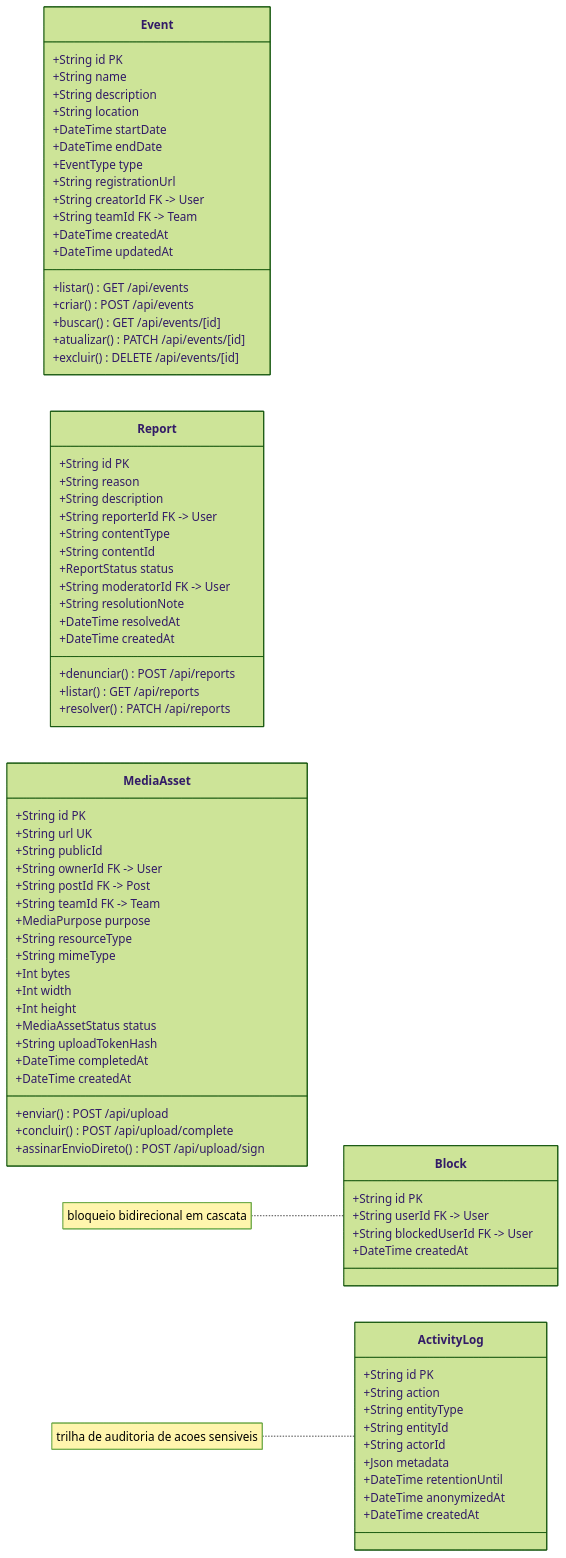
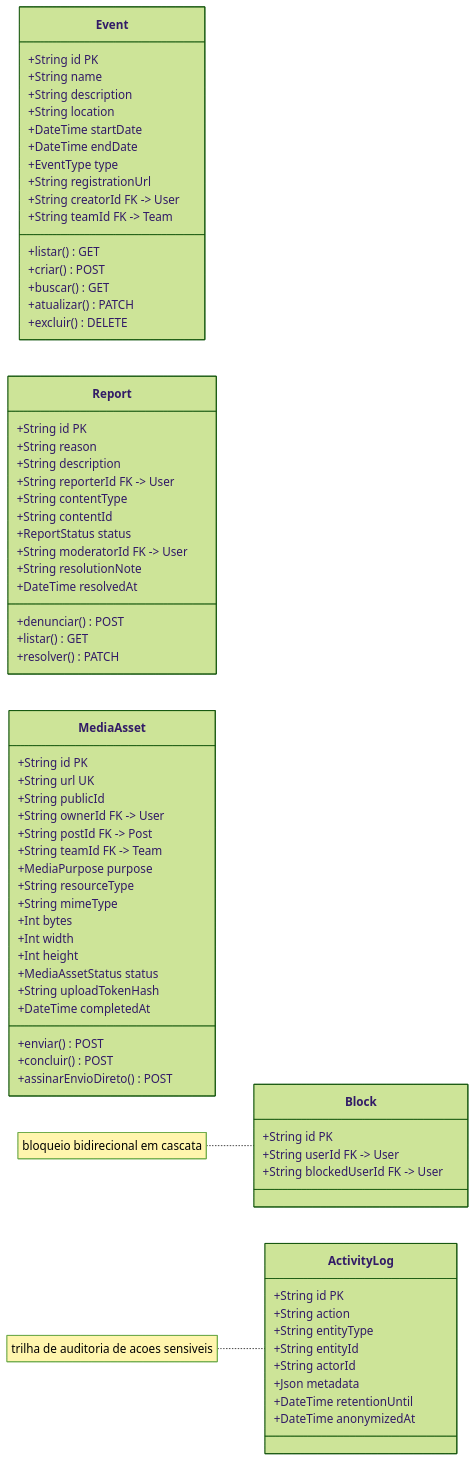
Before and after one commit to gustaf30/cheerconnect: the diagram in docs/diagrams/classe-eventos-moderacao.mmd, drawn with Mermaid (forest theme). The commit also changed 32 other files, not shown here.

First line of the commit message:
Diagramas UML refeitos para leitura, com PNG versionados

```diff
--- a/docs/diagrams/classe-eventos-moderacao.mmd
+++ b/docs/diagrams/classe-eventos-moderacao.mmd
@@ -1,79 +1,73 @@
 %% Gerado por scripts/generate-diagrams.mjs — nao editar a mao.
 %% Fonte: prisma/schema.prisma e src/app/api/**/route.ts
 classDiagram
   direction LR
   class Event {
     +String id PK
     +String name
     +String description
     +String location
     +DateTime startDate
     +DateTime endDate
     +EventType type
     +String registrationUrl
     +String creatorId FK -> User
     +String teamId FK -> Team
-    +DateTime createdAt
-    +DateTime updatedAt
-    +listar() GET /api/events
-    +criar() POST /api/events
-    +buscar() GET /api/events/[id]
-    +atualizar() PATCH /api/events/[id]
-    +excluir() DELETE /api/events/[id]
+    +listar() GET
+    +criar() POST
+    +buscar() GET
+    +atualizar() PATCH
+    +excluir() DELETE
   }
   class Report {
     +String id PK
     +String reason
     +String description
     +String reporterId FK -> User
     +String contentType
     +String contentId
     +ReportStatus status
     +String moderatorId FK -> User
     +String resolutionNote
     +DateTime resolvedAt
-    +DateTime createdAt
-    +denunciar() POST /api/reports
-    +listar() GET /api/reports
-    +resolver() PATCH /api/reports
+    +denunciar() POST
+    +listar() GET
+    +resolver() PATCH
   }
   class Block {
     +String id PK
     +String userId FK -> User
     +String blockedUserId FK -> User
-    +DateTime createdAt
   }
   class ActivityLog {
     +String id PK
     +String action
     +String entityType
     +String entityId
     +String actorId
     +Json metadata
     +DateTime retentionUntil
     +DateTime anonymizedAt
-    +DateTime createdAt
   }
   class MediaAsset {
     +String id PK
     +String url UK
     +String publicId
     +String ownerId FK -> User
     +String postId FK -> Post
     +String teamId FK -> Team
     +MediaPurpose purpose
     +String resourceType
     +String mimeType
     +Int bytes
     +Int width
     +Int height
     +MediaAssetStatus status
     +String uploadTokenHash
     +DateTime completedAt
-    +DateTime createdAt
-    +enviar() POST /api/upload
-    +concluir() POST /api/upload/complete
-    +assinarEnvioDireto() POST /api/upload/sign
+    +enviar() POST
+    +concluir() POST
+    +assinarEnvioDireto() POST
   }
   note for Block "bloqueio bidirecional em cascata"
   note for ActivityLog "trilha de auditoria de acoes sensiveis"
```
